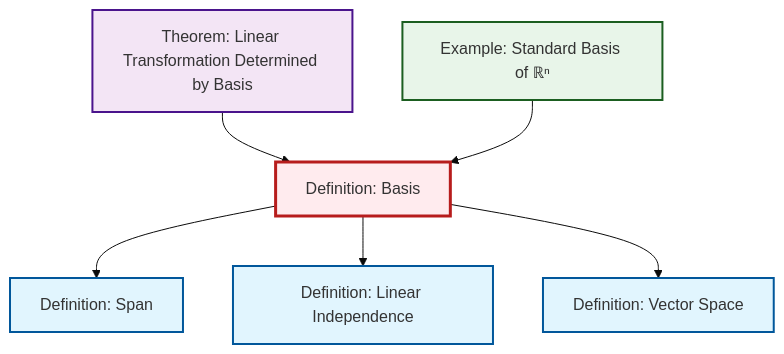
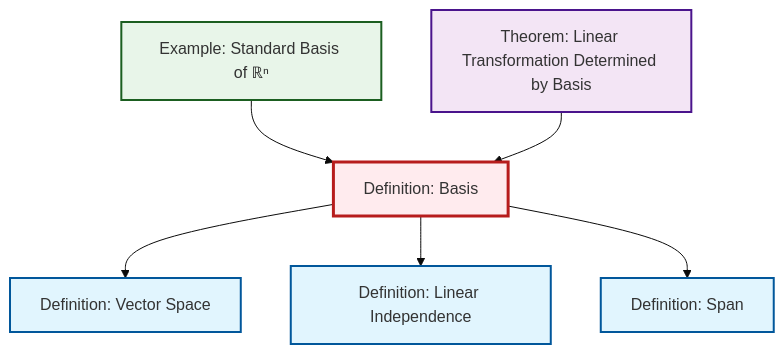
One commit to RK0429/ModernMath changed the diagram in content/en/algebra/def-basis.qmd. Above: the diagram before and after it, drawn with Mermaid (base theme). The commit also changed other lines of this file and 619 other files, not shown here.

````diff
--- a/content/en/algebra/def-basis.qmd
+++ b/content/en/algebra/def-basis.qmd
@@ -48,26 +48,26 @@
 ```{mermaid}
 %%| fig-cap: "Local dependency graph"
 graph TD
     classDef definition fill:#e1f5fe,stroke:#01579b,stroke-width:2px
     classDef theorem fill:#f3e5f5,stroke:#4a148c,stroke-width:2px
     classDef axiom fill:#fff3e0,stroke:#e65100,stroke-width:2px
     classDef example fill:#e8f5e9,stroke:#1b5e20,stroke-width:2px
     classDef current fill:#ffebee,stroke:#b71c1c,stroke-width:3px
     thm-linear-transformation-basis["Theorem: Linear Transformation Determined by Basis"]:::theorem
     def-span["Definition: Span"]:::definition
-    def-vector-space["Definition: Vector Space"]:::definition
+    def-linear-independence["Definition: Linear Independence"]:::definition
     ex-standard-basis-rn["Example: Standard Basis of ℝⁿ"]:::example
     def-basis["Definition: Basis"]:::definition
-    def-linear-independence["Definition: Linear Independence"]:::definition
+    def-vector-space["Definition: Vector Space"]:::definition
+    ex-standard-basis-rn --> def-basis
+    def-basis --> def-vector-space
     thm-linear-transformation-basis --> def-basis
+    def-basis --> def-linear-independence
     def-basis --> def-span
-    ex-standard-basis-rn --> def-basis
-    def-basis --> def-linear-independence
-    def-basis --> def-vector-space
     class def-basis current
     click thm-linear-transformation-basis "thm-linear-transformation-basis.html" "Go to Linear Transformation Determined by Basis theorem"
     click def-span "def-span.html" "Go to Span definition"
+    click def-linear-independence "def-linear-independence.html" "Go to Linear Independence definition"
+    click ex-standard-basis-rn "ex-standard-basis-rn.html" "Go to Standard Basis of ℝⁿ example"
     click def-vector-space "def-vector-space.html" "Go to Vector Space definition"
-    click ex-standard-basis-rn "ex-standard-basis-rn.html" "Go to Standard Basis of ℝⁿ example"
-    click def-linear-independence "def-linear-independence.html" "Go to Linear Independence definition"
 ```
````
